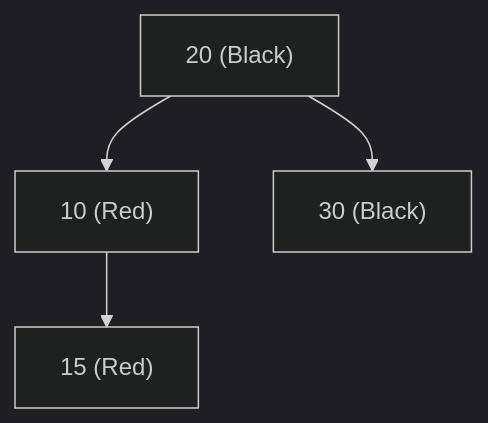
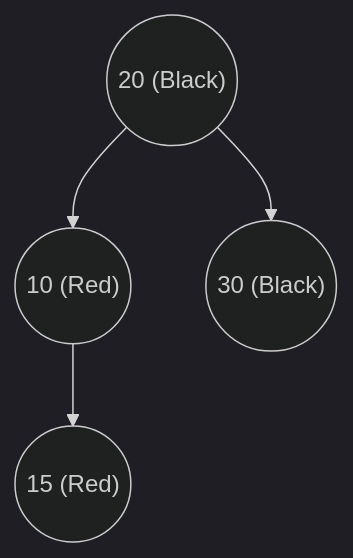
Diagram 11 of 31 in docs/data-structure-and-algorithms/data-structures/tree/search-tree/self-balancing-bst/red-black.md (imdeepmind/imdeepmind.github.io), drawn with Mermaid (dark theme) before and after one commit. The commit also changed other lines of this file, not shown here.

Commit message:
docs(tree): IMDEEPMIND-32: added docs for red black tree

````diff
--- a/docs/data-structure-and-algorithms/data-structures/tree/search-tree/self-balancing-bst/red-black.md
+++ b/docs/data-structure-and-algorithms/data-structures/tree/search-tree/self-balancing-bst/red-black.md
@@ -260,8 +256,8 @@
 ```mermaid
 graph TD
-    A["20 (Black)"]
-    A --> B["10 (Red)"]
-    A --> C["30 (Black)"]
+    A(("20 (Black)"))
+    A --> B(("10 (Red)"))
+    A --> C(("30 (Black)"))
 
-    B --> D["15 (Red)"]
+    B --> D(("15 (Red)"))
 ```
````
